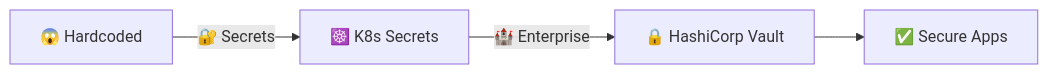
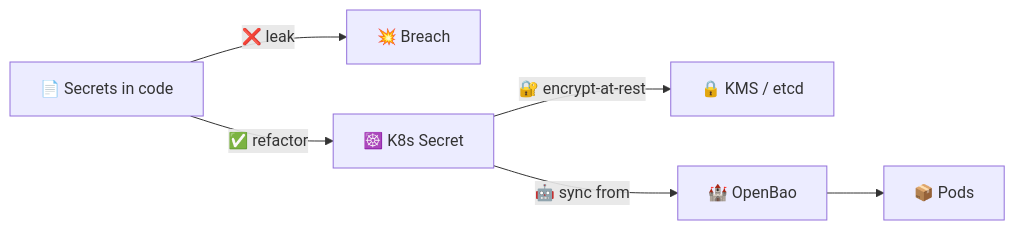
Before and after one commit to inno-devops-labs/DevOps-Core-Course: the first of 8 diagrams in lectures/lec11.md, drawn with Mermaid. The commit also changed other lines of this file and 24 other files, not shown here.

````diff
--- a/lectures/lec11.md
+++ b/lectures/lec11.md
@@ -10,6 +10,8 @@
 ```mermaid
 flowchart LR
-  Bad[😱 Hardcoded] -->|🔐 Secrets| K8s[☸️ K8s Secrets]
-  K8s -->|🏰 Enterprise| Vault[🔒 HashiCorp Vault]
-  Vault --> Secure[✅ Secure Apps]
+  Code[📄 Secrets in code] -->|❌ leak| Breach[💥 Breach]
+  Code -->|✅ refactor| K8s[☸️ K8s Secret]
+  K8s -->|🔐 encrypt-at-rest| KMS[🔒 KMS / etcd]
+  K8s -->|🤖 sync from| Bao[🏰 OpenBao]
+  Bao --> Apps[📦 Pods]
 ```
````
